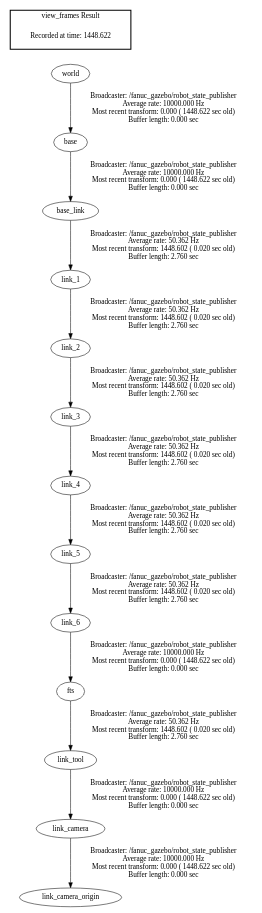
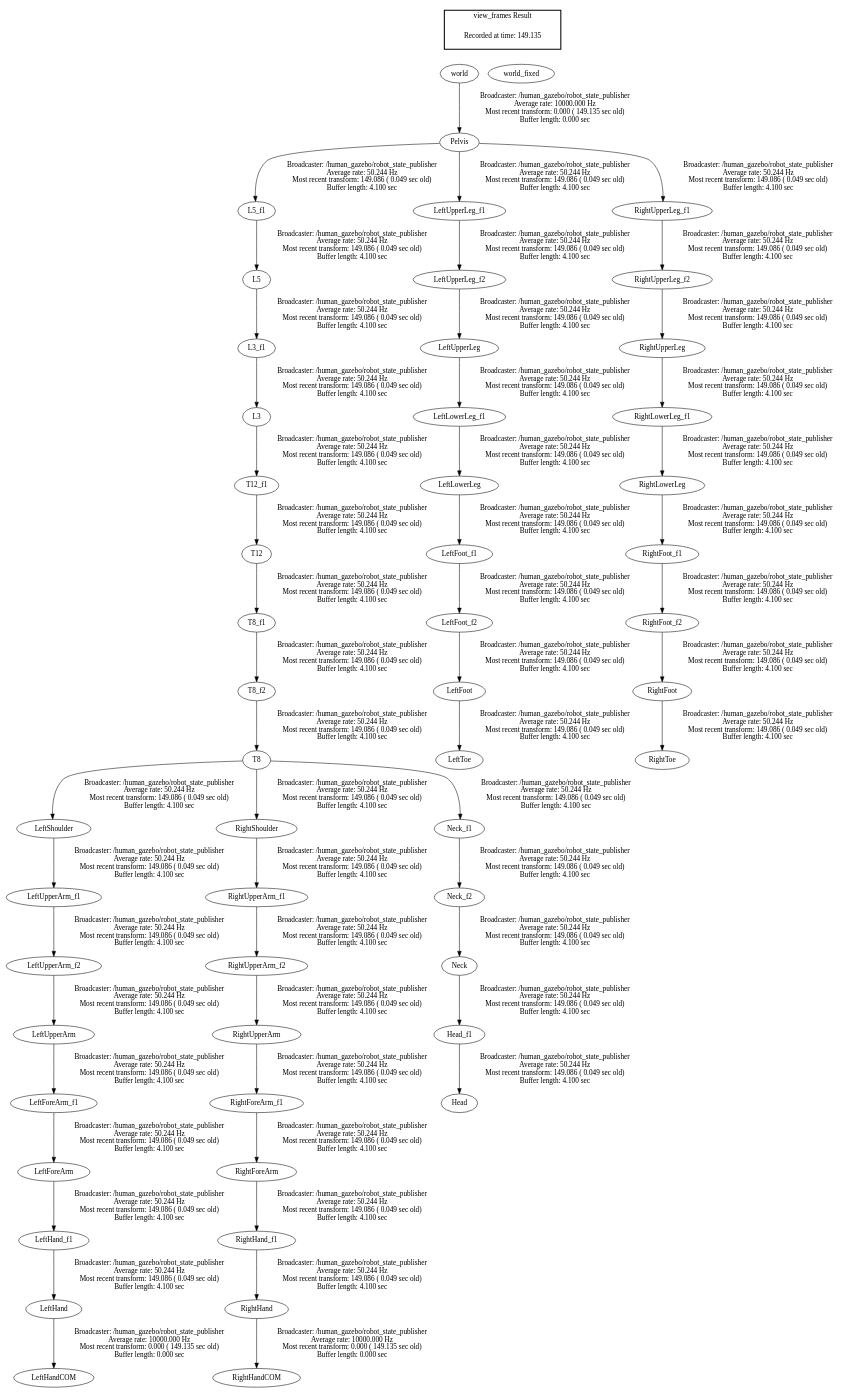
Before and after one commit to XushengLuo92/Hierarchical-LTL: the diagram in hierarchial_simulation/src/frames.gv, drawn with Graphviz. The commit also changed 19 other files, not shown here.

Commit message:
human pose relative 2 world

```diff
--- a/hierarchial_simulation/src/frames.gv
+++ b/hierarchial_simulation/src/frames.gv
@@ -1,18 +1,61 @@
 digraph G {
-"world" -> "base"[label="Broadcaster: /fanuc_gazebo/robot_state_publisher\nAverage rate: 10000.000 Hz\nMost recent transform: 0.000 ( 1448.622 sec old)\nBuffer length: 0.000 sec\n"];
-"base" -> "base_link"[label="Broadcaster: /fanuc_gazebo/robot_state_publisher\nAverage rate: 10000.000 Hz\nMost recent transform: 0.000 ( 1448.622 sec old)\nBuffer length: 0.000 sec\n"];
-"link_camera" -> "link_camera_origin"[label="Broadcaster: /fanuc_gazebo/robot_state_publisher\nAverage rate: 10000.000 Hz\nMost recent transform: 0.000 ( 1448.622 sec old)\nBuffer length: 0.000 sec\n"];
-"link_tool" -> "link_camera"[label="Broadcaster: /fanuc_gazebo/robot_state_publisher\nAverage rate: 10000.000 Hz\nMost recent transform: 0.000 ( 1448.622 sec old)\nBuffer length: 0.000 sec\n"];
-"link_6" -> "fts"[label="Broadcaster: /fanuc_gazebo/robot_state_publisher\nAverage rate: 10000.000 Hz\nMost recent transform: 0.000 ( 1448.622 sec old)\nBuffer length: 0.000 sec\n"];
-"link_5" -> "link_6"[label="Broadcaster: /fanuc_gazebo/robot_state_publisher\nAverage rate: 50.362 Hz\nMost recent transform: 1448.602 ( 0.020 sec old)\nBuffer length: 2.760 sec\n"];
-"fts" -> "link_tool"[label="Broadcaster: /fanuc_gazebo/robot_state_publisher\nAverage rate: 50.362 Hz\nMost recent transform: 1448.602 ( 0.020 sec old)\nBuffer length: 2.760 sec\n"];
-"base_link" -> "link_1"[label="Broadcaster: /fanuc_gazebo/robot_state_publisher\nAverage rate: 50.362 Hz\nMost recent transform: 1448.602 ( 0.020 sec old)\nBuffer length: 2.760 sec\n"];
-"link_1" -> "link_2"[label="Broadcaster: /fanuc_gazebo/robot_state_publisher\nAverage rate: 50.362 Hz\nMost recent transform: 1448.602 ( 0.020 sec old)\nBuffer length: 2.760 sec\n"];
-"link_2" -> "link_3"[label="Broadcaster: /fanuc_gazebo/robot_state_publisher\nAverage rate: 50.362 Hz\nMost recent transform: 1448.602 ( 0.020 sec old)\nBuffer length: 2.760 sec\n"];
-"link_3" -> "link_4"[label="Broadcaster: /fanuc_gazebo/robot_state_publisher\nAverage rate: 50.362 Hz\nMost recent transform: 1448.602 ( 0.020 sec old)\nBuffer length: 2.760 sec\n"];
-"link_4" -> "link_5"[label="Broadcaster: /fanuc_gazebo/robot_state_publisher\nAverage rate: 50.362 Hz\nMost recent transform: 1448.602 ( 0.020 sec old)\nBuffer length: 2.760 sec\n"];
+"world" -> "Pelvis"[label="Broadcaster: /human_gazebo/robot_state_publisher\nAverage rate: 10000.000 Hz\nMost recent transform: 0.000 ( 149.135 sec old)\nBuffer length: 0.000 sec\n"];
+"LeftHand" -> "LeftHandCOM"[label="Broadcaster: /human_gazebo/robot_state_publisher\nAverage rate: 10000.000 Hz\nMost recent transform: 0.000 ( 149.135 sec old)\nBuffer length: 0.000 sec\n"];
+"LeftHand_f1" -> "LeftHand"[label="Broadcaster: /human_gazebo/robot_state_publisher\nAverage rate: 50.244 Hz\nMost recent transform: 149.086 ( 0.049 sec old)\nBuffer length: 4.100 sec\n"];
+"RightHand" -> "RightHandCOM"[label="Broadcaster: /human_gazebo/robot_state_publisher\nAverage rate: 10000.000 Hz\nMost recent transform: 0.000 ( 149.135 sec old)\nBuffer length: 0.000 sec\n"];
+"RightHand_f1" -> "RightHand"[label="Broadcaster: /human_gazebo/robot_state_publisher\nAverage rate: 50.244 Hz\nMost recent transform: 149.086 ( 0.049 sec old)\nBuffer length: 4.100 sec\n"];
+"Neck" -> "Head_f1"[label="Broadcaster: /human_gazebo/robot_state_publisher\nAverage rate: 50.244 Hz\nMost recent transform: 149.086 ( 0.049 sec old)\nBuffer length: 4.100 sec\n"];
+"Neck_f2" -> "Neck"[label="Broadcaster: /human_gazebo/robot_state_publisher\nAverage rate: 50.244 Hz\nMost recent transform: 149.086 ( 0.049 sec old)\nBuffer length: 4.100 sec\n"];
+"Head_f1" -> "Head"[label="Broadcaster: /human_gazebo/robot_state_publisher\nAverage rate: 50.244 Hz\nMost recent transform: 149.086 ( 0.049 sec old)\nBuffer length: 4.100 sec\n"];
+"L3" -> "T12_f1"[label="Broadcaster: /human_gazebo/robot_state_publisher\nAverage rate: 50.244 Hz\nMost recent transform: 149.086 ( 0.049 sec old)\nBuffer length: 4.100 sec\n"];
+"L3_f1" -> "L3"[label="Broadcaster: /human_gazebo/robot_state_publisher\nAverage rate: 50.244 Hz\nMost recent transform: 149.086 ( 0.049 sec old)\nBuffer length: 4.100 sec\n"];
+"T12_f1" -> "T12"[label="Broadcaster: /human_gazebo/robot_state_publisher\nAverage rate: 50.244 Hz\nMost recent transform: 149.086 ( 0.049 sec old)\nBuffer length: 4.100 sec\n"];
+"L5" -> "L3_f1"[label="Broadcaster: /human_gazebo/robot_state_publisher\nAverage rate: 50.244 Hz\nMost recent transform: 149.086 ( 0.049 sec old)\nBuffer length: 4.100 sec\n"];
+"L5_f1" -> "L5"[label="Broadcaster: /human_gazebo/robot_state_publisher\nAverage rate: 50.244 Hz\nMost recent transform: 149.086 ( 0.049 sec old)\nBuffer length: 4.100 sec\n"];
+"Pelvis" -> "L5_f1"[label="Broadcaster: /human_gazebo/robot_state_publisher\nAverage rate: 50.244 Hz\nMost recent transform: 149.086 ( 0.049 sec old)\nBuffer length: 4.100 sec\n"];
+"LeftLowerLeg" -> "LeftFoot_f1"[label="Broadcaster: /human_gazebo/robot_state_publisher\nAverage rate: 50.244 Hz\nMost recent transform: 149.086 ( 0.049 sec old)\nBuffer length: 4.100 sec\n"];
+"LeftLowerLeg_f1" -> "LeftLowerLeg"[label="Broadcaster: /human_gazebo/robot_state_publisher\nAverage rate: 50.244 Hz\nMost recent transform: 149.086 ( 0.049 sec old)\nBuffer length: 4.100 sec\n"];
+"LeftFoot_f1" -> "LeftFoot_f2"[label="Broadcaster: /human_gazebo/robot_state_publisher\nAverage rate: 50.244 Hz\nMost recent transform: 149.086 ( 0.049 sec old)\nBuffer length: 4.100 sec\n"];
+"LeftFoot_f2" -> "LeftFoot"[label="Broadcaster: /human_gazebo/robot_state_publisher\nAverage rate: 50.244 Hz\nMost recent transform: 149.086 ( 0.049 sec old)\nBuffer length: 4.100 sec\n"];
+"LeftFoot" -> "LeftToe"[label="Broadcaster: /human_gazebo/robot_state_publisher\nAverage rate: 50.244 Hz\nMost recent transform: 149.086 ( 0.049 sec old)\nBuffer length: 4.100 sec\n"];
+"T8" -> "LeftShoulder"[label="Broadcaster: /human_gazebo/robot_state_publisher\nAverage rate: 50.244 Hz\nMost recent transform: 149.086 ( 0.049 sec old)\nBuffer length: 4.100 sec\n"];
+"T8_f2" -> "T8"[label="Broadcaster: /human_gazebo/robot_state_publisher\nAverage rate: 50.244 Hz\nMost recent transform: 149.086 ( 0.049 sec old)\nBuffer length: 4.100 sec\n"];
+"LeftUpperArm" -> "LeftForeArm_f1"[label="Broadcaster: /human_gazebo/robot_state_publisher\nAverage rate: 50.244 Hz\nMost recent transform: 149.086 ( 0.049 sec old)\nBuffer length: 4.100 sec\n"];
+"LeftUpperArm_f2" -> "LeftUpperArm"[label="Broadcaster: /human_gazebo/robot_state_publisher\nAverage rate: 50.244 Hz\nMost recent transform: 149.086 ( 0.049 sec old)\nBuffer length: 4.100 sec\n"];
+"LeftForeArm_f1" -> "LeftForeArm"[label="Broadcaster: /human_gazebo/robot_state_publisher\nAverage rate: 50.244 Hz\nMost recent transform: 149.086 ( 0.049 sec old)\nBuffer length: 4.100 sec\n"];
+"Pelvis" -> "LeftUpperLeg_f1"[label="Broadcaster: /human_gazebo/robot_state_publisher\nAverage rate: 50.244 Hz\nMost recent transform: 149.086 ( 0.049 sec old)\nBuffer length: 4.100 sec\n"];
+"LeftUpperLeg_f1" -> "LeftUpperLeg_f2"[label="Broadcaster: /human_gazebo/robot_state_publisher\nAverage rate: 50.244 Hz\nMost recent transform: 149.086 ( 0.049 sec old)\nBuffer length: 4.100 sec\n"];
+"LeftUpperLeg_f2" -> "LeftUpperLeg"[label="Broadcaster: /human_gazebo/robot_state_publisher\nAverage rate: 50.244 Hz\nMost recent transform: 149.086 ( 0.049 sec old)\nBuffer length: 4.100 sec\n"];
+"LeftUpperLeg" -> "LeftLowerLeg_f1"[label="Broadcaster: /human_gazebo/robot_state_publisher\nAverage rate: 50.244 Hz\nMost recent transform: 149.086 ( 0.049 sec old)\nBuffer length: 4.100 sec\n"];
+"LeftShoulder" -> "LeftUpperArm_f1"[label="Broadcaster: /human_gazebo/robot_state_publisher\nAverage rate: 50.244 Hz\nMost recent transform: 149.086 ( 0.049 sec old)\nBuffer length: 4.100 sec\n"];
+"LeftUpperArm_f1" -> "LeftUpperArm_f2"[label="Broadcaster: /human_gazebo/robot_state_publisher\nAverage rate: 50.244 Hz\nMost recent transform: 149.086 ( 0.049 sec old)\nBuffer length: 4.100 sec\n"];
+"LeftForeArm" -> "LeftHand_f1"[label="Broadcaster: /human_gazebo/robot_state_publisher\nAverage rate: 50.244 Hz\nMost recent transform: 149.086 ( 0.049 sec old)\nBuffer length: 4.100 sec\n"];
+"RightLowerLeg" -> "RightFoot_f1"[label="Broadcaster: /human_gazebo/robot_state_publisher\nAverage rate: 50.244 Hz\nMost recent transform: 149.086 ( 0.049 sec old)\nBuffer length: 4.100 sec\n"];
+"RightLowerLeg_f1" -> "RightLowerLeg"[label="Broadcaster: /human_gazebo/robot_state_publisher\nAverage rate: 50.244 Hz\nMost recent transform: 149.086 ( 0.049 sec old)\nBuffer length: 4.100 sec\n"];
+"RightFoot_f1" -> "RightFoot_f2"[label="Broadcaster: /human_gazebo/robot_state_publisher\nAverage rate: 50.244 Hz\nMost recent transform: 149.086 ( 0.049 sec old)\nBuffer length: 4.100 sec\n"];
+"RightFoot_f2" -> "RightFoot"[label="Broadcaster: /human_gazebo/robot_state_publisher\nAverage rate: 50.244 Hz\nMost recent transform: 149.086 ( 0.049 sec old)\nBuffer length: 4.100 sec\n"];
+"RightFoot" -> "RightToe"[label="Broadcaster: /human_gazebo/robot_state_publisher\nAverage rate: 50.244 Hz\nMost recent transform: 149.086 ( 0.049 sec old)\nBuffer length: 4.100 sec\n"];
+"T8" -> "RightShoulder"[label="Broadcaster: /human_gazebo/robot_state_publisher\nAverage rate: 50.244 Hz\nMost recent transform: 149.086 ( 0.049 sec old)\nBuffer length: 4.100 sec\n"];
+"RightUpperArm" -> "RightForeArm_f1"[label="Broadcaster: /human_gazebo/robot_state_publisher\nAverage rate: 50.244 Hz\nMost recent transform: 149.086 ( 0.049 sec old)\nBuffer length: 4.100 sec\n"];
+"RightUpperArm_f2" -> "RightUpperArm"[label="Broadcaster: /human_gazebo/robot_state_publisher\nAverage rate: 50.244 Hz\nMost recent transform: 149.086 ( 0.049 sec old)\nBuffer length: 4.100 sec\n"];
+"RightForeArm_f1" -> "RightForeArm"[label="Broadcaster: /human_gazebo/robot_state_publisher\nAverage rate: 50.244 Hz\nMost recent transform: 149.086 ( 0.049 sec old)\nBuffer length: 4.100 sec\n"];
+"Pelvis" -> "RightUpperLeg_f1"[label="Broadcaster: /human_gazebo/robot_state_publisher\nAverage rate: 50.244 Hz\nMost recent transform: 149.086 ( 0.049 sec old)\nBuffer length: 4.100 sec\n"];
+"RightUpperLeg_f1" -> "RightUpperLeg_f2"[label="Broadcaster: /human_gazebo/robot_state_publisher\nAverage rate: 50.244 Hz\nMost recent transform: 149.086 ( 0.049 sec old)\nBuffer length: 4.100 sec\n"];
+"RightUpperLeg_f2" -> "RightUpperLeg"[label="Broadcaster: /human_gazebo/robot_state_publisher\nAverage rate: 50.244 Hz\nMost recent transform: 149.086 ( 0.049 sec old)\nBuffer length: 4.100 sec\n"];
+"RightUpperLeg" -> "RightLowerLeg_f1"[label="Broadcaster: /human_gazebo/robot_state_publisher\nAverage rate: 50.244 Hz\nMost recent transform: 149.086 ( 0.049 sec old)\nBuffer length: 4.100 sec\n"];
+"RightShoulder" -> "RightUpperArm_f1"[label="Broadcaster: /human_gazebo/robot_state_publisher\nAverage rate: 50.244 Hz\nMost recent transform: 149.086 ( 0.049 sec old)\nBuffer length: 4.100 sec\n"];
+"RightUpperArm_f1" -> "RightUpperArm_f2"[label="Broadcaster: /human_gazebo/robot_state_publisher\nAverage rate: 50.244 Hz\nMost recent transform: 149.086 ( 0.049 sec old)\nBuffer length: 4.100 sec\n"];
+"RightForeArm" -> "RightHand_f1"[label="Broadcaster: /human_gazebo/robot_state_publisher\nAverage rate: 50.244 Hz\nMost recent transform: 149.086 ( 0.049 sec old)\nBuffer length: 4.100 sec\n"];
+"T8" -> "Neck_f1"[label="Broadcaster: /human_gazebo/robot_state_publisher\nAverage rate: 50.244 Hz\nMost recent transform: 149.086 ( 0.049 sec old)\nBuffer length: 4.100 sec\n"];
+"Neck_f1" -> "Neck_f2"[label="Broadcaster: /human_gazebo/robot_state_publisher\nAverage rate: 50.244 Hz\nMost recent transform: 149.086 ( 0.049 sec old)\nBuffer length: 4.100 sec\n"];
+"T12" -> "T8_f1"[label="Broadcaster: /human_gazebo/robot_state_publisher\nAverage rate: 50.244 Hz\nMost recent transform: 149.086 ( 0.049 sec old)\nBuffer length: 4.100 sec\n"];
+"T8_f1" -> "T8_f2"[label="Broadcaster: /human_gazebo/robot_state_publisher\nAverage rate: 50.244 Hz\nMost recent transform: 149.086 ( 0.049 sec old)\nBuffer length: 4.100 sec\n"];
 edge [style=invis];
  subgraph cluster_legend { style=bold; color=black; label ="view_frames Result";
-"Recorded at time: 1448.622"[ shape=plaintext ] ;
+"Recorded at time: 149.135"[ shape=plaintext ] ;
+ }->"world_fixed";
+edge [style=invis];
+ subgraph cluster_legend { style=bold; color=black; label ="view_frames Result";
+"Recorded at time: 149.135"[ shape=plaintext ] ;
  }->"world";
 }
```
